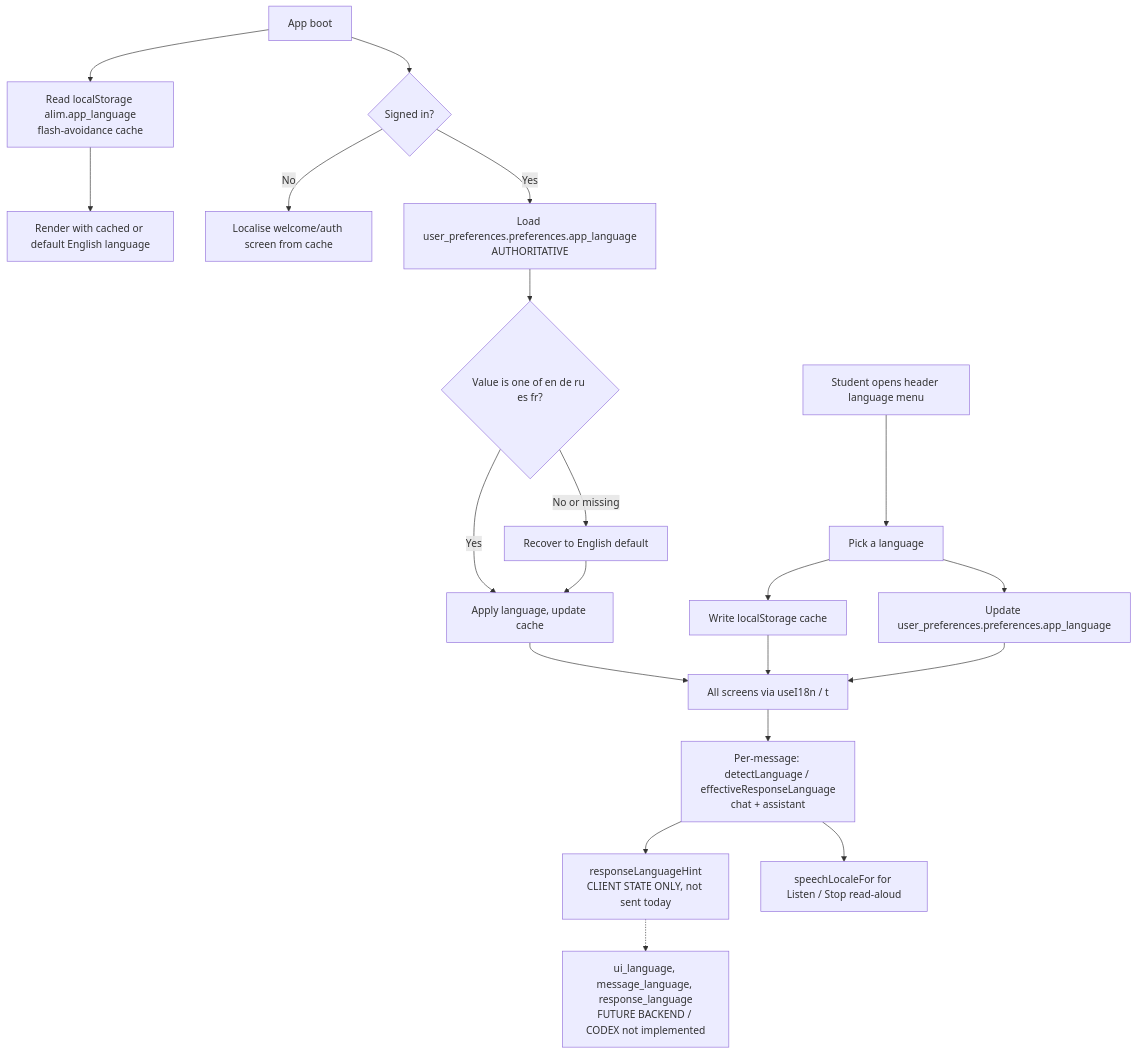
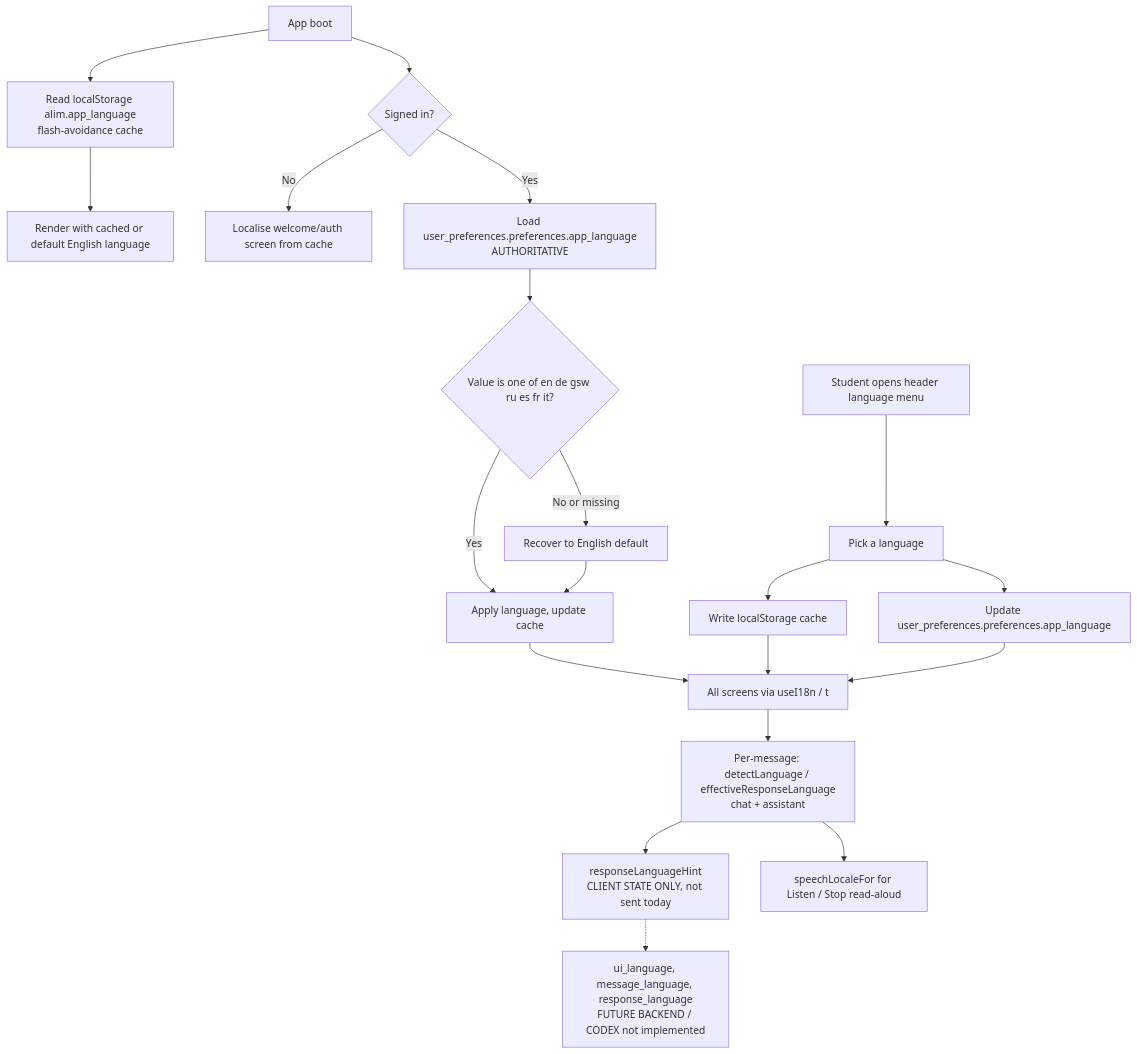
One commit to keyshavmor/study-swiss-star changed the diagram in docs/wireframes/18-i18n-language.mmd. Above: the diagram before and after it, drawn with Mermaid. The commit also changed 80 other files, not shown here.

```diff
--- a/docs/wireframes/18-i18n-language.mmd
+++ b/docs/wireframes/18-i18n-language.mmd
@@ -1,20 +1,20 @@
 flowchart TD
   Boot[App boot] --> Cache[Read localStorage alim.app_language\nflash-avoidance cache]
   Cache --> Render[Render with cached or default English language]
   Boot --> AuthCheck{Signed in?}
   AuthCheck -->|No| WelcomeLocal[Localise welcome/auth screen from cache]
   AuthCheck -->|Yes| Load[Load user_preferences.preferences.app_language\nAUTHORITATIVE]
-  Load --> Valid{Value is one of en de ru es fr?}
+  Load --> Valid{Value is one of en de gsw ru es fr it?}
   Valid -->|Yes| Apply[Apply language, update cache]
   Valid -->|No or missing| English[Recover to English default]
   English --> Apply
   Apply --> UI[All screens via useI18n / t]
   Change[Student opens header language menu] --> Pick[Pick a language]
   Pick --> WriteCache[Write localStorage cache]
   Pick --> WriteDB[Update user_preferences.preferences.app_language]
   WriteCache --> UI
   WriteDB --> UI
   UI --> Detect[Per-message: detectLanguage / effectiveResponseLanguage\nchat + assistant]
   Detect --> Hint[responseLanguageHint\nCLIENT STATE ONLY, not sent today]
   Detect --> SpeechLocale[speechLocaleFor for Listen / Stop read-aloud]
   Hint -.-> FutureContract[ui_language, message_language, response_language\nFUTURE BACKEND / CODEX not implemented]
```
